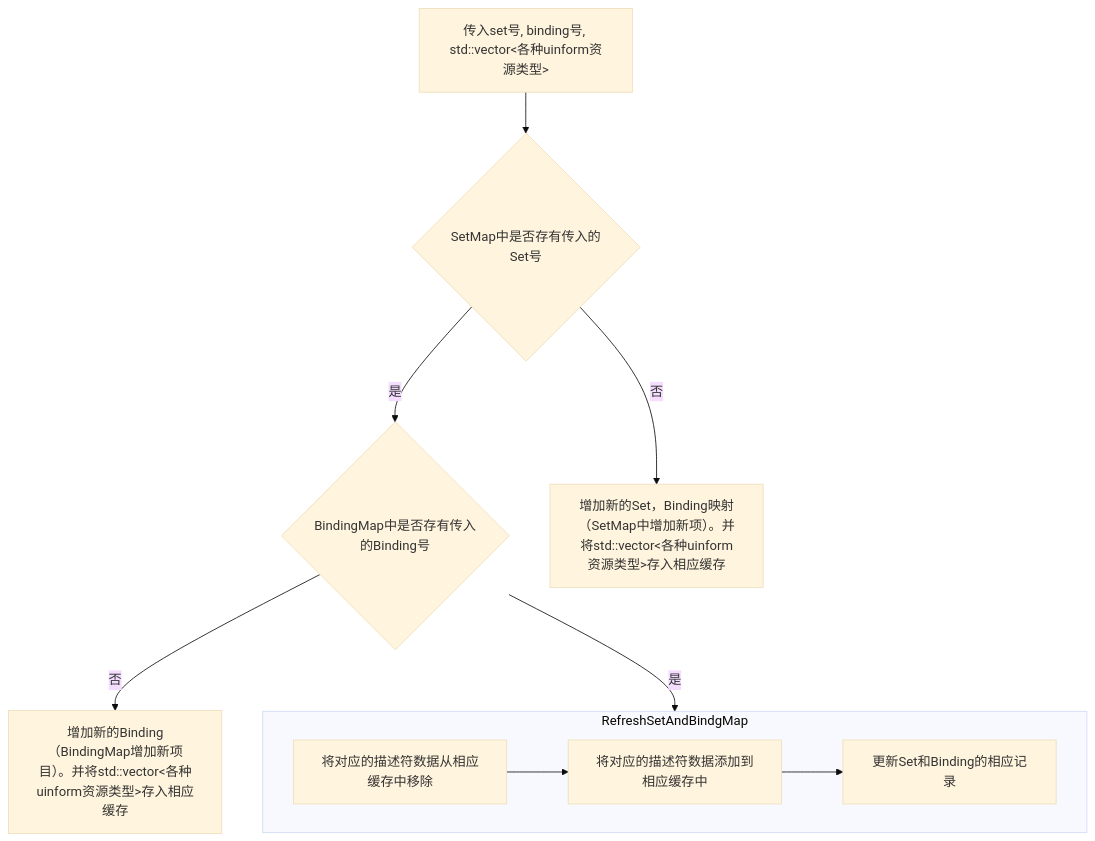
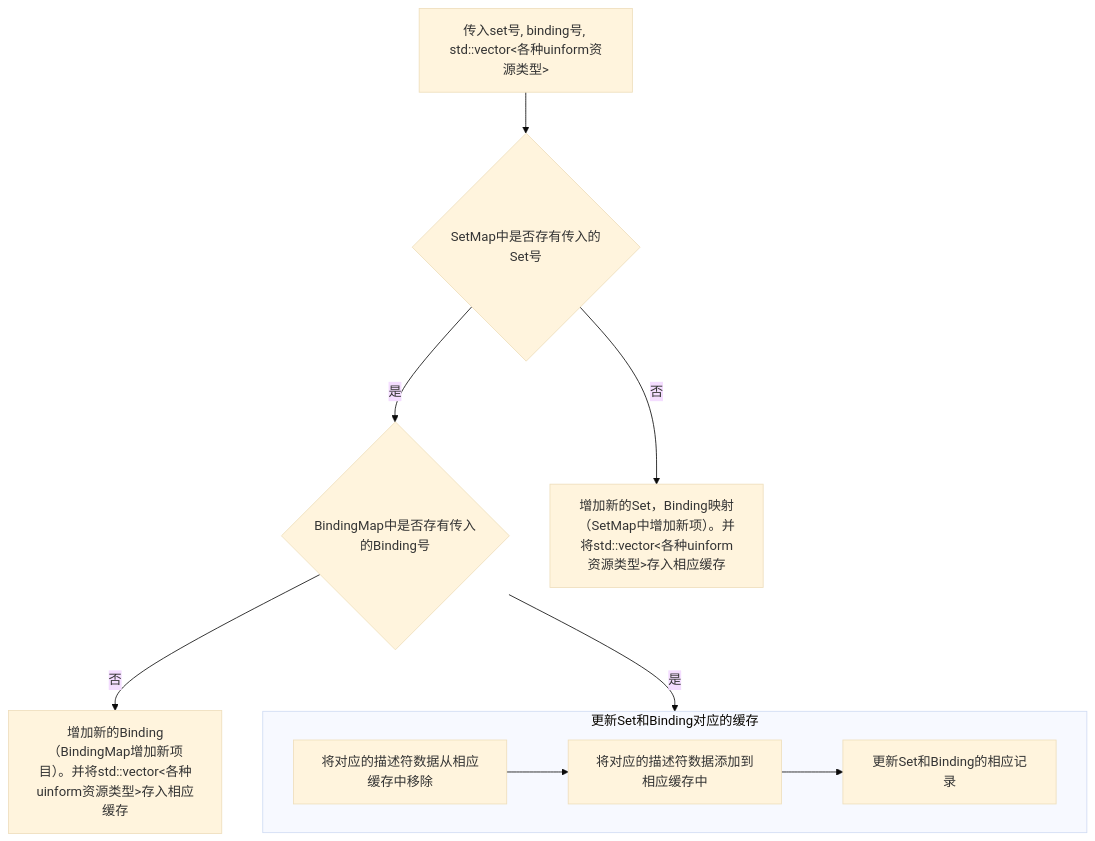
One commit to FuXiii/Turbo changed the ninth of 14 diagrams in docs/Design/FrameGraphAdvance.md. Above: the diagram before and after it, drawn with Mermaid (base theme).

Commit message:
Update FgAdvance

````diff
--- a/docs/Design/FrameGraphAdvance.md
+++ b/docs/Design/FrameGraphAdvance.md
@@ -2738,27 +2738,27 @@
 ```mermaid
 graph TD;
 
 Input["传入set号, binding号, std::vector<各种uinform资源类型>"]
 IsSetMapHasSet{"SetMap中是否存有传入的Set号"}
 
 IsBindingMapHasBinding{"BindingMap中是否存有传入的Binding号"}
 AddNewSetAndBinding["增加新的Set，Binding映射（SetMap中增加新项）。并将std::vector<各种uinform资源类型>存入相应缓存"]
 
-subgraph RefreshSetAndBindgMap
+subgraph RefreshSetAndBindgMap["更新Set和Binding对应的缓存"]
     RemoveDescriptorBinding["将对应的描述符数据从相应缓存中移除"]
     AddDescriptorBinding["将对应的描述符数据添加到相应缓存中"]
     UpdateSetBindingMap["更新Set和Binding的相应记录"]
 
     RemoveDescriptorBinding-->AddDescriptorBinding
     AddDescriptorBinding-->UpdateSetBindingMap
 end
 
 AddNewBinding["增加新的Binding（BindingMap增加新项目）。并将std::vector<各种uinform资源类型>存入相应缓存 "]
 
 Input-->IsSetMapHasSet
 IsSetMapHasSet--是-->IsBindingMapHasBinding
 IsSetMapHasSet--否-->AddNewSetAndBinding
 
 IsBindingMapHasBinding--是-->RefreshSetAndBindgMap
 IsBindingMapHasBinding--否-->AddNewBinding
 ```
````
